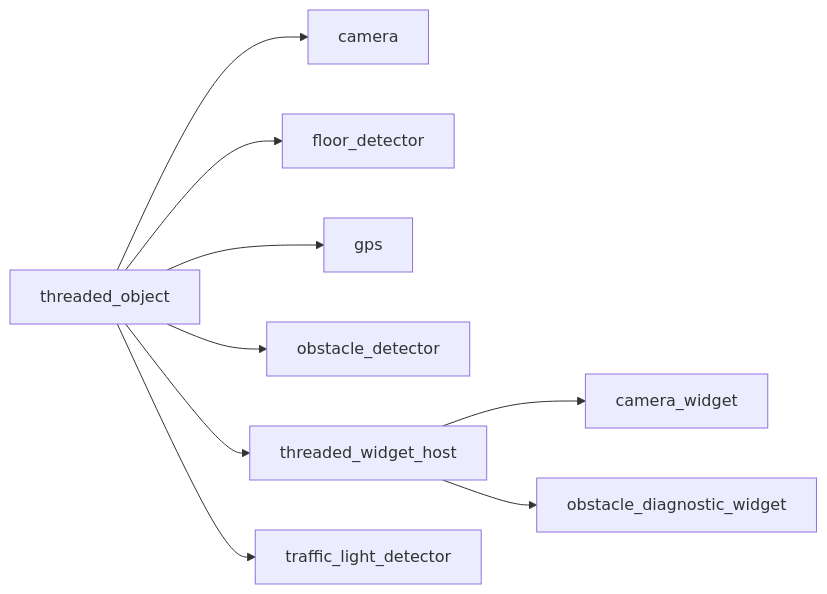
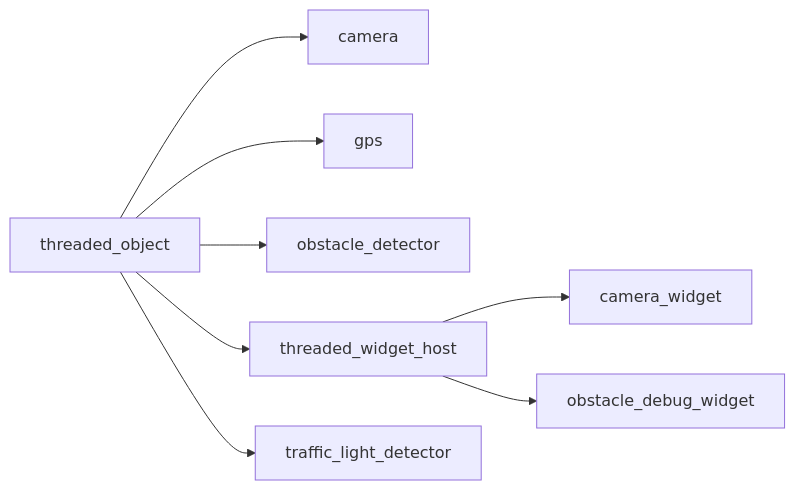
Before and after one commit to kasper-szczerba/acs_wiki: the second of 2 diagrams in docs/codebase/namespaces/core/implementations/threaded_object.md, drawn with Mermaid. The commit also changed other lines of this file and 22 other files, not shown here.

````diff
--- a/docs/codebase/namespaces/core/implementations/threaded_object.md
+++ b/docs/codebase/namespaces/core/implementations/threaded_object.md
@@ -26,12 +26,11 @@
 ```mermaid
 graph LR
     threaded_object["threaded_object"]
     threaded_object["threaded_object"] --> camera["camera"]
-    threaded_object["threaded_object"] --> floor_detector["floor_detector"]
     threaded_object["threaded_object"] --> gps["gps"]
     threaded_object["threaded_object"] --> obstacle_detector["obstacle_detector"]
     threaded_object["threaded_object"] --> threaded_widget_host["threaded_widget_host"]
     threaded_object["threaded_object"] --> traffic_light_detector["traffic_light_detector"]
     threaded_widget_host["threaded_widget_host"] --> camera_widget["camera_widget"]
-    threaded_widget_host["threaded_widget_host"] --> obstacle_diagnostic_widget["obstacle_diagnostic_widget"]
+    threaded_widget_host["threaded_widget_host"] --> obstacle_debug_widget["obstacle_debug_widget"]
 ```
````
